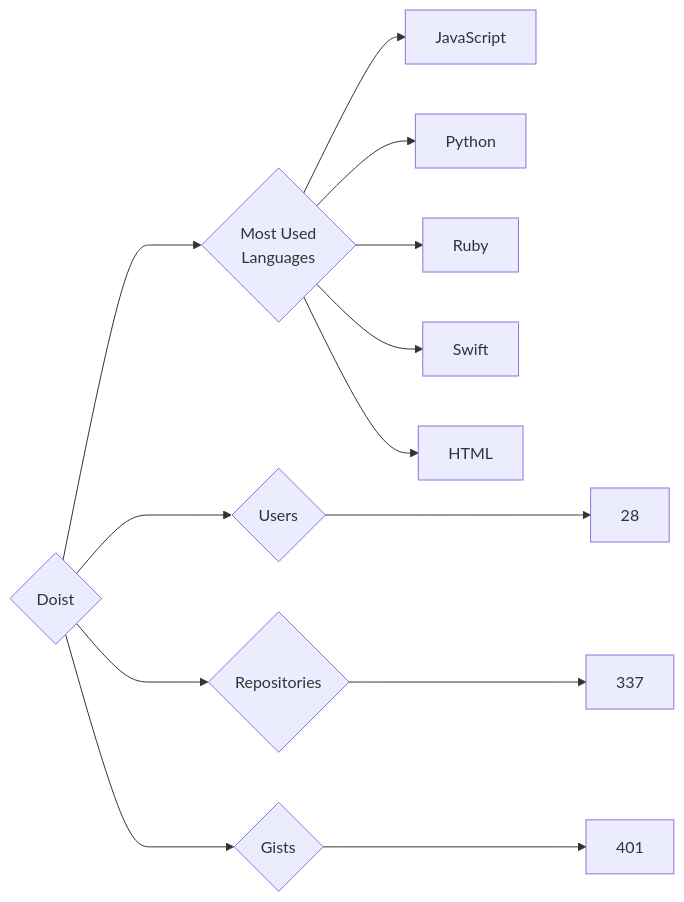
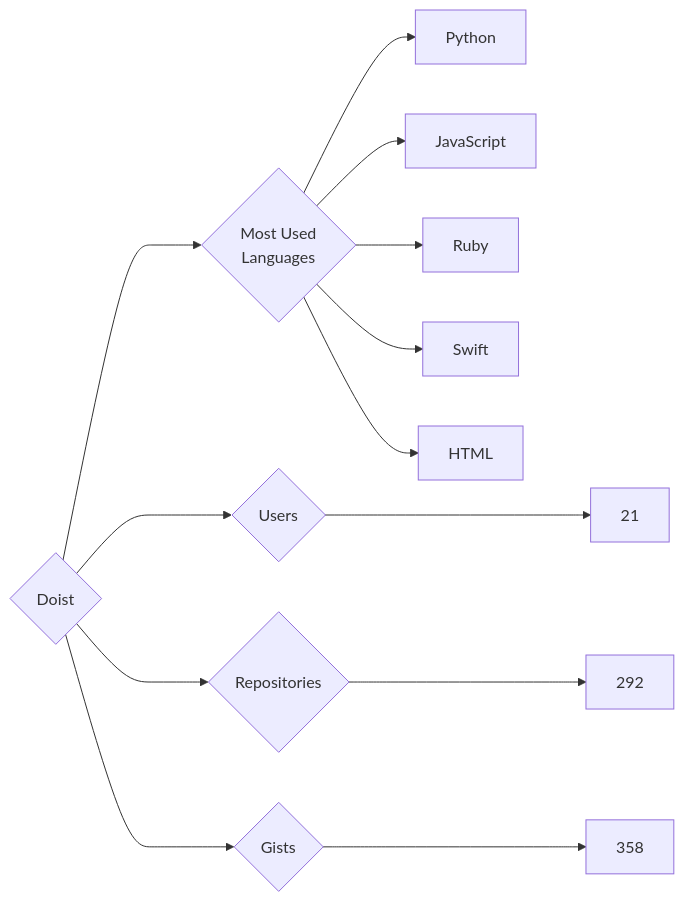
One commit to trickest/insiders changed the diagram in targets/Doist/README.md. Above: the diagram before and after it, drawn with Mermaid. The commit also changed 934 other files, not shown here.

````diff
--- a/targets/Doist/README.md
+++ b/targets/Doist/README.md
@@ -3,13 +3,13 @@
 ```mermaid
 graph LR
 COMPANY_NAME{Doist}
-COMPANY_NAME ---> U{Users} ---> UN[28]
-COMPANY_NAME ---> R{Repositories} ---> RN[337]
-COMPANY_NAME ---> G{Gists} ---> GN[401]
+COMPANY_NAME ---> U{Users} ---> UN[21]
+COMPANY_NAME ---> R{Repositories} ---> RN[292]
+COMPANY_NAME ---> G{Gists} ---> GN[358]
 COMPANY_NAME ---> ML{Most Used<br>Languages}
+ML --> Python[Python]
 ML --> JavaScript[JavaScript]
-ML --> Python[Python]
 ML --> Ruby[Ruby]
 ML --> Swift[Swift]
 ML --> HTML[HTML]
 ```
````
